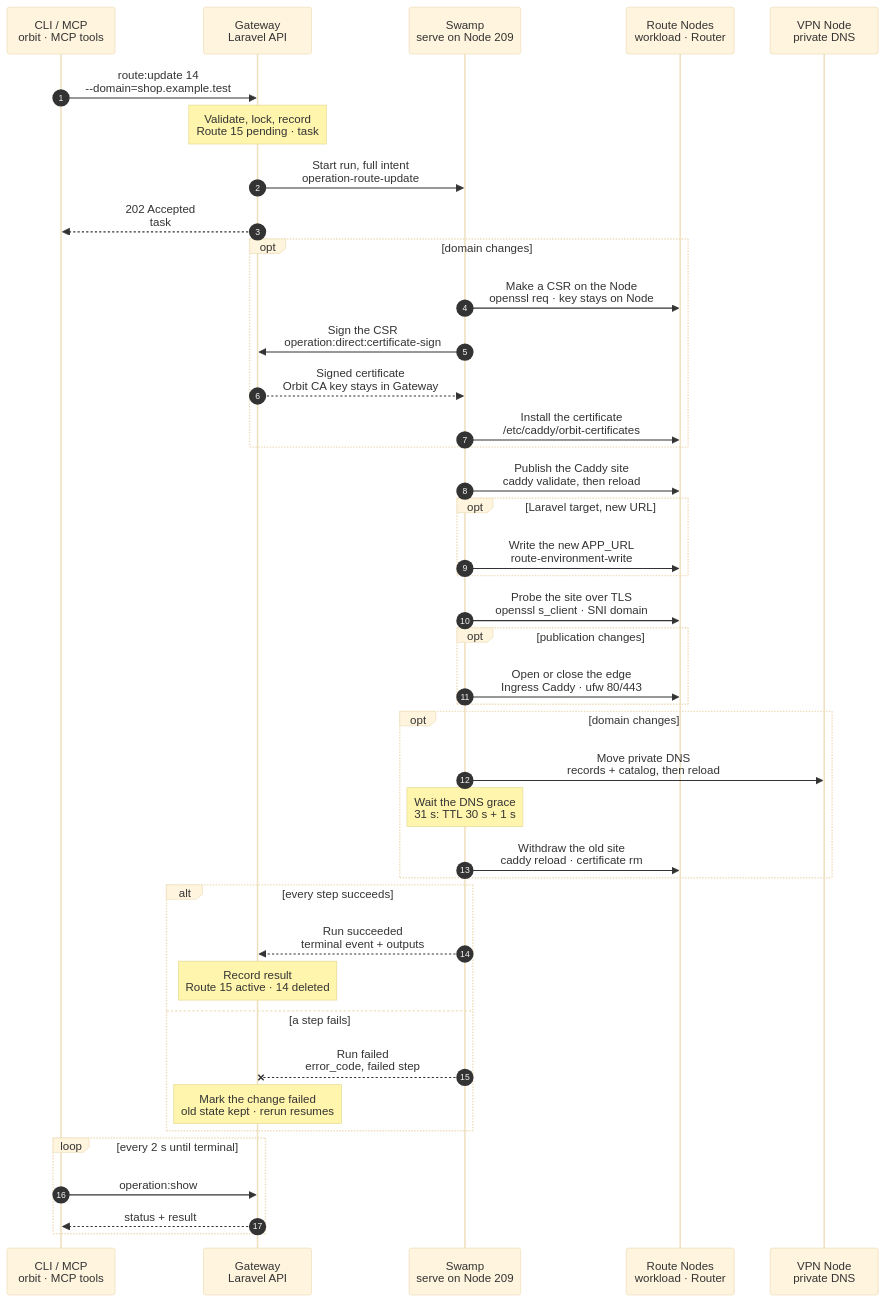
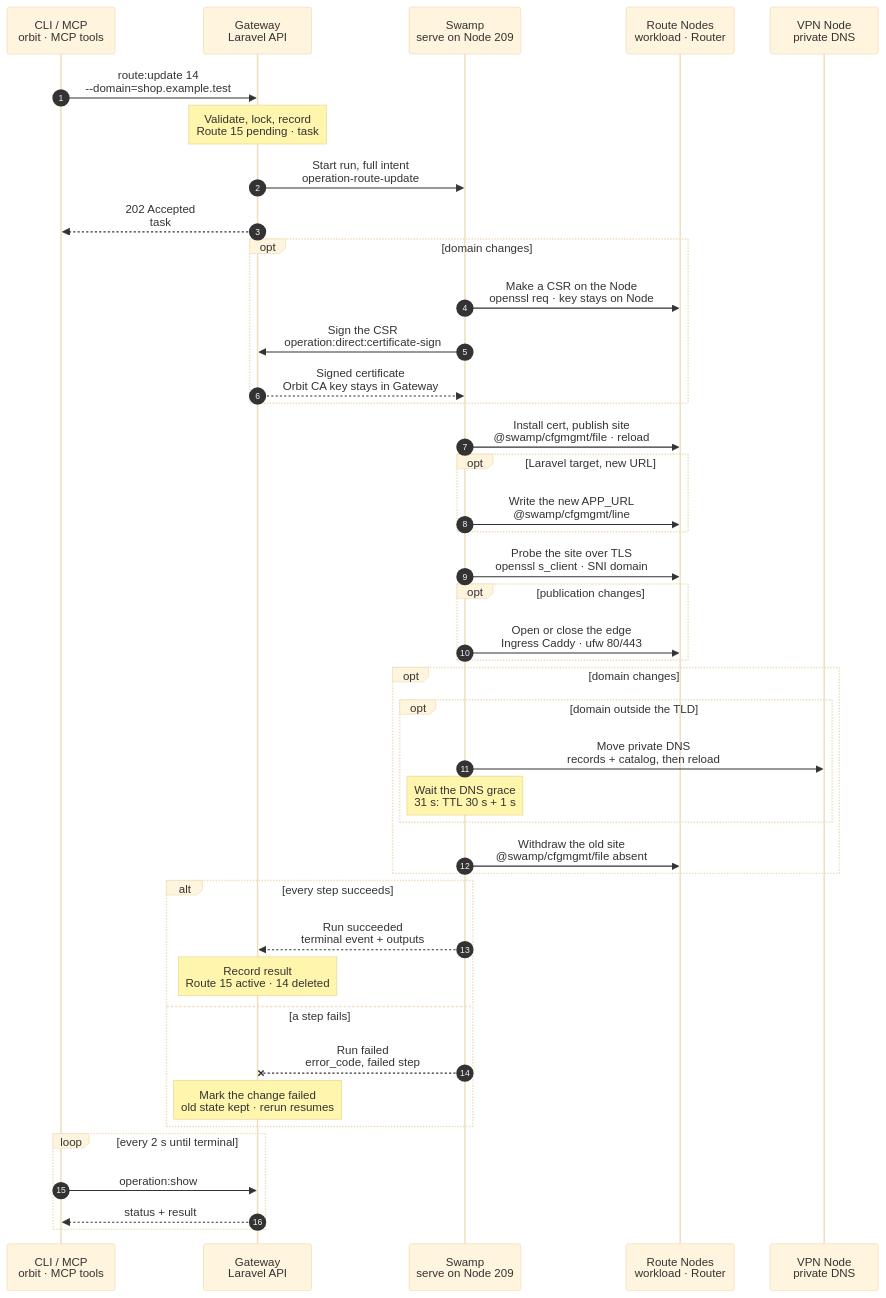
The diagram in docs/cli/route/update.mmd (hardimpactdev/orbit), drawn with Mermaid (base theme) before and after one commit.

Commit message:
docs(cli): tighten route.update chart

```diff
--- a/docs/cli/route/update.mmd
+++ b/docs/cli/route/update.mmd
@@ -1,151 +1,154 @@
 sequenceDiagram
   %% Target design: ADR 0244 task, DECISIONS R1-R4, firewall.allow shape, Gateway signs CSRs (root-of-trust), single-swamp-node. docs/cli/route.mdx, docs/reference/routes.md (Change an existing Route).
+  %% Tightened: flow-tighten 2026-11-02, rules 3, 17, 22 (cert install folded into the publish step as in route:create; DNS and its grace only outside the TLD; cfgmgmt file/line).
   %% status: draft
   %% command: route:update
   %% kind: route.update
   autonumber
   %% lane CLI icon=terminal pill=caller tone=gray
   %% lane GW icon=gateway pill=intent tone=blue
   %% lane SW icon=workflow pill=executes tone=green
   %% lane N icon=server pill=target tone=amber
   %% lane V icon=server pill=target tone=purple
   participant CLI as CLI / MCP<br/>orbit · MCP tools
   participant GW as Gateway<br/>Laravel API
   participant SW as Swamp<br/>serve on Node 209
   participant N as Route Nodes<br/>workload · Router
   participant V as VPN Node<br/>private DNS
   CLI->>GW: route:update 14<br/>--domain=shop.example.test
   %%> Command:
   %%> - `orbit route:update 14 --domain=shop.example.test`
   %%> - syntax: `<route> [--domain=DOMAIN] [--publication=private|public] [--web-root=PATH]`
   %%> Input:
   %%> - Route 14, with at least one option
   %%> - `--web-root` goes on its own; `--web-root=` clears it
   %%> Three changes:
   %%> - domain: a replacement Route takes over, so you get a new Route ID
   %%> - publication: the public edge opens or closes; the Route ID stays
   %%> - web root: the Caddy site serves another directory; the Route ID stays
   Note over GW: Validate, lock, record<br/>Route 15 pending · task #5160
   %%> Requirements:
   %%> - your Node has an access grant to Node 7, the Node of the Route's target
   %%> - Route 14 is an explicit app Route; generated domains change only through `instance:rename`
   %%> - the new domain is valid, free, and not reserved
   %%> - no other domain change runs for Route 14 (`route.domain_change_conflict`)
   %%> - a public Route needs production targets and a serving Ingress
   %%> Locks:
   %%> - the projection lock and the environment owner of every target Instance
   %%> - a busy lock is waited for up to 30 s, then `app-dev.projection_busy`
   %%> Result:
   %%> - for a domain change: replacement Route 15 recorded as `pending`, with the same Project, scope, targets and publication
   %%> - Route 14 stays `active` and is still the only Route that serves
   %%> - task #5160 recorded with the full intent; nothing has happened on a Node yet
   GW->>SW: Start run, full intent<br/>operation-route-update
   %%> What it does:
   %%> - starts one Swamp run on serve (Node 209)
   %%> Inputs:
   %%> - the rendered Caddy blocks before and after, per Node
   %%> - the certificate leaves, LAN tuples, DNS records and probes
   %%> - the new `APP_URL`; production `.env` material only as vault key names (R3)
   %%> - each Node's address and SSH host keys; the SSH identity comes from the `swamp` role
   GW-->>CLI: 202 Accepted<br/>task #5160
   %%> What you get:
   %%> - the task number, at once
   %%> Next:
   %%> - the CLI follows the task with `operation:show`
   opt domain changes
     SW->>N: Make a CSR on the Node<br/>openssl req · key stays on Node
     %%> How:
     %%> - Swamp reaches Node 7, and the Router for a Cluster Route, over `@swamp/ssh` from 209
     %%> What it does:
     %%> - makes a new key and a certificate request for `shop.example.test`, under Route 15's own scope
     %%> Why its own scope:
     %%> - the old site keeps its certificate until cleanup, so both names serve during the change
     SW->>GW: Sign the CSR<br/>operation:direct:certificate-sign
     %%> What it does:
     %%> - sends the CSRs with task #5160 and the run id
     %%> Why:
     %%> - the Orbit CA key stays in the Gateway; signing is the one step that calls the Gateway
     GW-->>SW: Signed certificate<br/>Orbit CA key stays in Gateway
     %%> Returns:
     %%> - one public certificate bundle per leaf
-    SW->>N: Install the certificate<br/>/etc/caddy/orbit-certificates
-    %%> What it does:
-    %%> - writes the certificate next to its key, owned `root:caddy`, mode 0750, and checks it
   end
-  SW->>N: Publish the Caddy site<br/>caddy validate, then reload
+  SW->>N: Install cert, publish site<br/>@swamp/cfgmgmt/file · reload
   %%> What it does:
+  %%> - when the domain changes: writes the new certificate next to its key, owned `root:caddy`, mode 0750, in the same step, as `route:create` does
   %%> - domain: adds the new site next to the old one
   %%> - web root: points the site at the new directory, after the web-root access step for a development target
   %%> - validates the whole Caddyfile, then reloads Caddy; never a restart (rule 7)
   %%> Refuses:
   %%> - a validation error; the old Caddyfile stays in place
   opt Laravel target, new URL
-    SW->>N: Write the new APP_URL<br/>route-environment-write
+    SW->>N: Write the new APP_URL<br/>@swamp/cfgmgmt/line
     %%> What it does:
-    %%> - development: sets `APP_URL` in `.env` and in the cached configuration
+    %%> - development: sets the `APP_URL=` line in `.env` with `@swamp/cfgmgmt/line`, and refreshes the cached configuration
     %%> - production: renders the stored environment against the new Route and replaces only the home's `.env`
     %%> Not included:
     %%> - Composer, Artisan, deploy or restart commands
   end
   SW->>N: Probe the site over TLS<br/>openssl s_client · SNI domain
   %%> What it does:
   %%> - connects from 209 to the workload, or the Router, on port 443 with the new domain as SNI
   %%> - requires a chain the Orbit root trusts
   %%> Why:
   %%> - nothing moves to the new state before the site serves
   opt publication changes
     SW->>N: Open or close the edge<br/>Ingress Caddy · ufw 80/443
     %%> What it does:
     %%> - public: publishes the Ingress site, then opens `orbit:ingress-http` and `orbit:ingress-https`
     %%> - private: withdraws the Ingress site; closes both rules when no public Route is left in the Cluster
     %%> Not included:
     %%> - the public DNS record and Let's Encrypt issuance; Caddy retries issuance on its own
   end
   opt domain changes
+    opt domain outside the TLD
     SW->>V: Move private DNS<br/>records + catalog, then reload
+    %%> When:
+    %%> - only when the old or new domain is outside the Cluster or Node TLD; private DNS answers the whole TLD, so a name inside it needs no record
     %%> What it does:
     %%> - publishes `shop.example.test` and removes `shop.test`
     %%> - checks the loaded catalog and a DNS reply
     %%> Cutover:
     %%> - from here the new domain is the one that serves; a later failure recovers forward
     Note over SW: Wait the DNS grace<br/>31 s: TTL 30 s + 1 s
     %%> Why:
     %%> - resolvers that honor the TTL stop asking for the old name before its site leaves
     %%> How:
     %%> - a native wait in the run; it holds no Gateway lock
-    SW->>N: Withdraw the old site<br/>caddy reload · certificate rm
+    end
+    SW->>N: Withdraw the old site<br/>@swamp/cfgmgmt/file absent
     %%> What it does:
     %%> - removes Route 14's site blocks and reloads Caddy
     %%> - then removes Route 14's certificate scopes and the LAN tuples no other Route needs
   end
   alt every step succeeds
     SW-->>GW: Run succeeded<br/>terminal event + outputs
     %%> How the Gateway learns it:
     %%> - its shared run reader sees the terminal event; Swamp never calls the Gateway
     Note over GW: Record result<br/>Route 15 active · 14 deleted
     %%> Result:
     %%> - domain: Route 15 becomes `active`; Route 14 is deleted and its domain released
     %%> - publication or web root: Route 14 keeps its ID and gets the new value
     %%> - task #5160 succeeds
   else a step fails
     SW--xGW: Run failed<br/>error_code, failed step
     %%> The Gateway reads:
     %%> - which step failed, its error code, and whether DNS had moved
     Note over GW: Mark the change failed<br/>old state kept · rerun resumes
     %%> Result before the DNS move:
     %%> - Route 15 is marked `failed`; Route 14 stays `active` and unchanged
     %%> - the new site stays on the Node; it serves no name, so it is harmless
     %%> Result after the DNS move:
     %%> - Route 15 serves; Route 14 is `retiring` until a rerun finishes cleanup
     %%> Retry:
     %%> - run the same command again; it skips finished steps and continues
     %%> - to abandon a change that never moved DNS, run `route:destroy 15`
   end
   loop every 2 s until terminal
     CLI->>GW: operation:show #5160
     %%> What it does:
     %%> - asks for the task's status every 2 seconds until it has ended
     GW-->>CLI: status + result
     %%> Returns:
     %%> - the current status, and the result once the task has ended
   end
```
